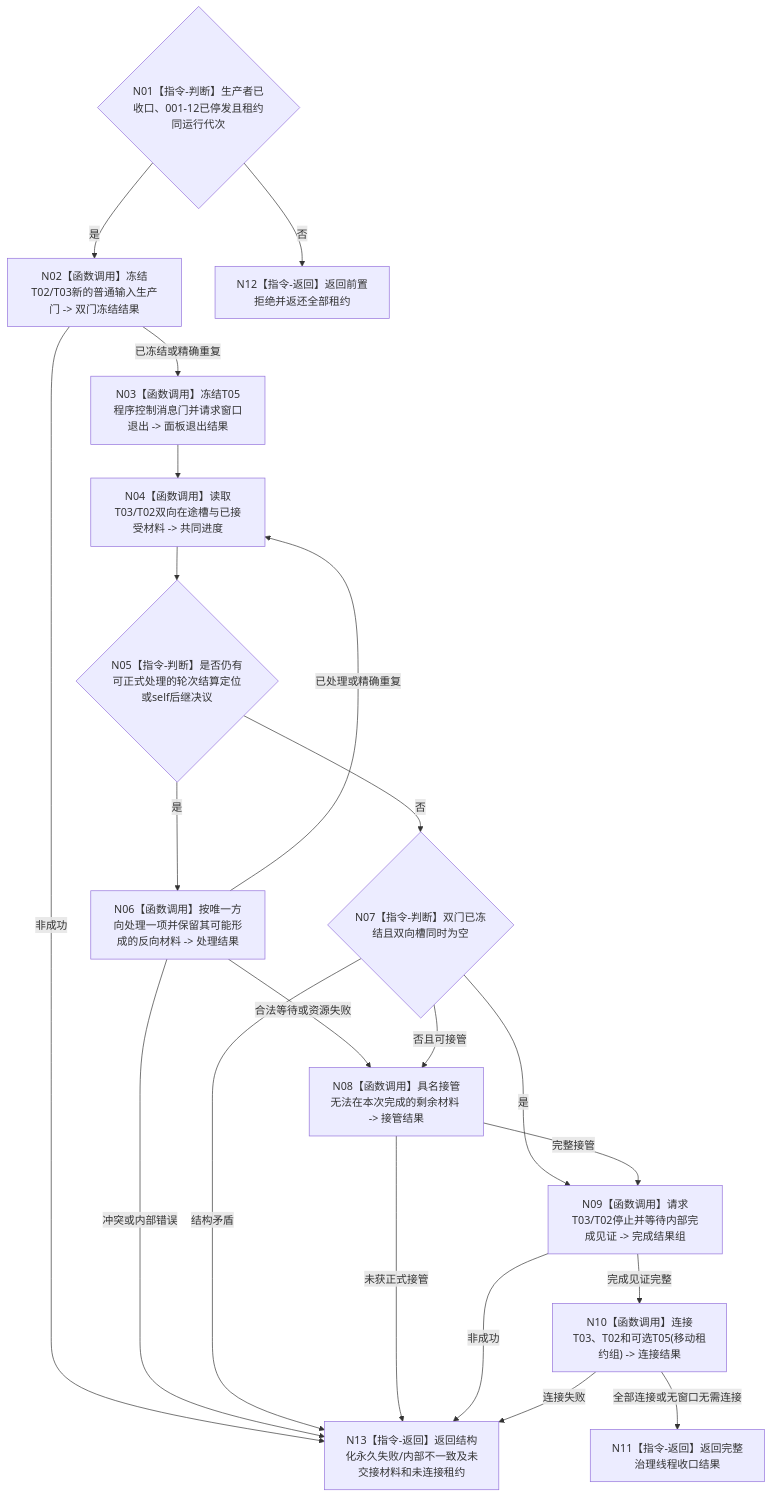
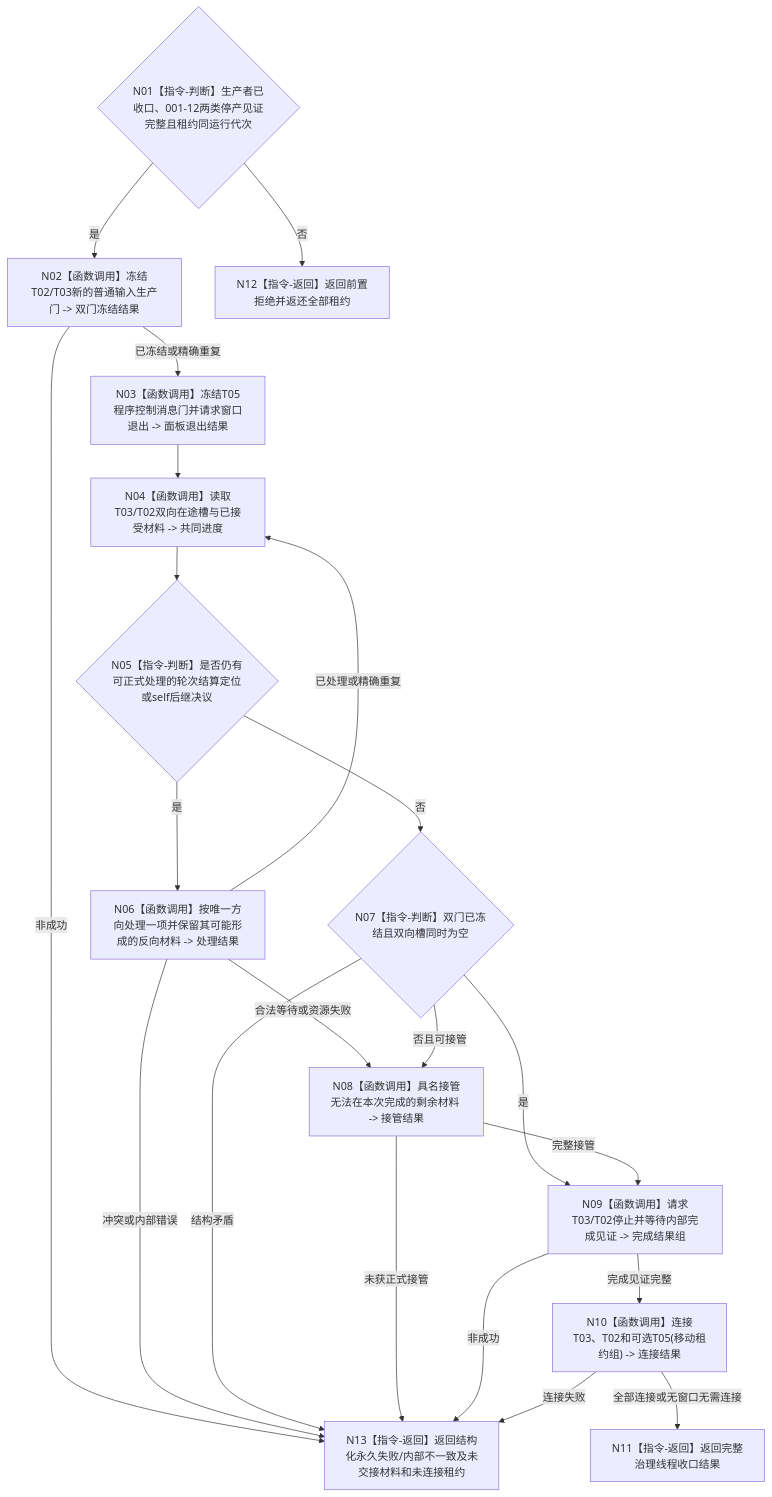
Before and after one commit to chunhaizh-cyber/HY-Ego: the diagram in 流程图/目标业务流程图/L2/BIZ-L2-001-14_共同排空双向治理材料并连接任务管理自我和控制面板线程_目标函数流程图_v0.2.md, drawn with Mermaid. The commit also changed other lines of this file and 16 other files, not shown here.

````diff
--- a/流程图/目标业务流程图/L2/BIZ-L2-001-14_共同排空双向治理材料并连接任务管理自我和控制面板线程_目标函数流程图_v0.2.md
+++ b/流程图/目标业务流程图/L2/BIZ-L2-001-14_共同排空双向治理材料并连接任务管理自我和控制面板线程_目标函数流程图_v0.2.md
@@ -29,35 +29,35 @@
 ```mermaid
 flowchart TD
-    N01{"N01【指令-判断】生产者已收口、001-12已停发且租约同运行代次"}
+    N01{"N01【指令-判断】生产者已收口、001-12两类停产见证完整且租约同运行代次"}
     N02["N02【函数调用】冻结T02/T03新的普通输入生产门 -> 双门冻结结果"]
     N03["N03【函数调用】冻结T05程序控制消息门并请求窗口退出 -> 面板退出结果"]
     N04["N04【函数调用】读取T03/T02双向在途槽与已接受材料 -> 共同进度"]
     N05{"N05【指令-判断】是否仍有可正式处理的轮次结算定位或self后继决议"}
     N06["N06【函数调用】按唯一方向处理一项并保留其可能形成的反向材料 -> 处理结果"]
     N07{"N07【指令-判断】双门已冻结且双向槽同时为空"}
     N08["N08【函数调用】具名接管无法在本次完成的剩余材料 -> 接管结果"]
     N09["N09【函数调用】请求T03/T02停止并等待内部完成见证 -> 完成结果组"]
     N10["N10【函数调用】连接T03、T02和可选T05(移动租约组) -> 连接结果"]
     N11["N11【指令-返回】返回完整治理线程收口结果"]
     N12["N12【指令-返回】返回前置拒绝并返还全部租约"]
     N13["N13【指令-返回】返回结构化永久失败/内部不一致及未交接材料和未连接租约"]
 
     N01 -->|否| N12
     N01 -->|是| N02
     N02 -->|非成功| N13
     N02 -->|已冻结或精确重复| N03 --> N04 --> N05
     N05 -->|是| N06
     N06 -->|已处理或精确重复| N04
     N06 -->|合法等待或资源失败| N08
     N06 -->|冲突或内部错误| N13
     N05 -->|否| N07
     N07 -->|是| N09
     N07 -->|否且可接管| N08
     N07 -->|结构矛盾| N13
     N08 -->|完整接管| N09
     N08 -->|未获正式接管| N13
     N09 -->|完成见证完整| N10
     N09 -->|非成功| N13
     N10 -->|全部连接或无窗口无需连接| N11
     N10 -->|连接失败| N13
 ```
````
